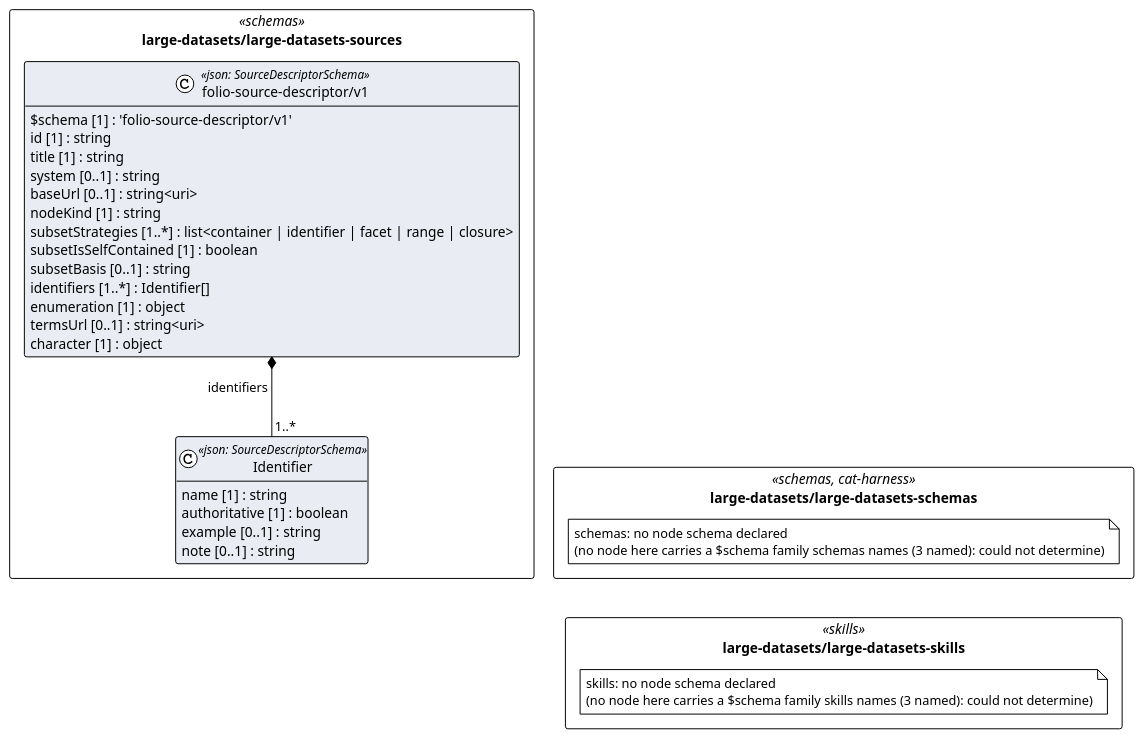
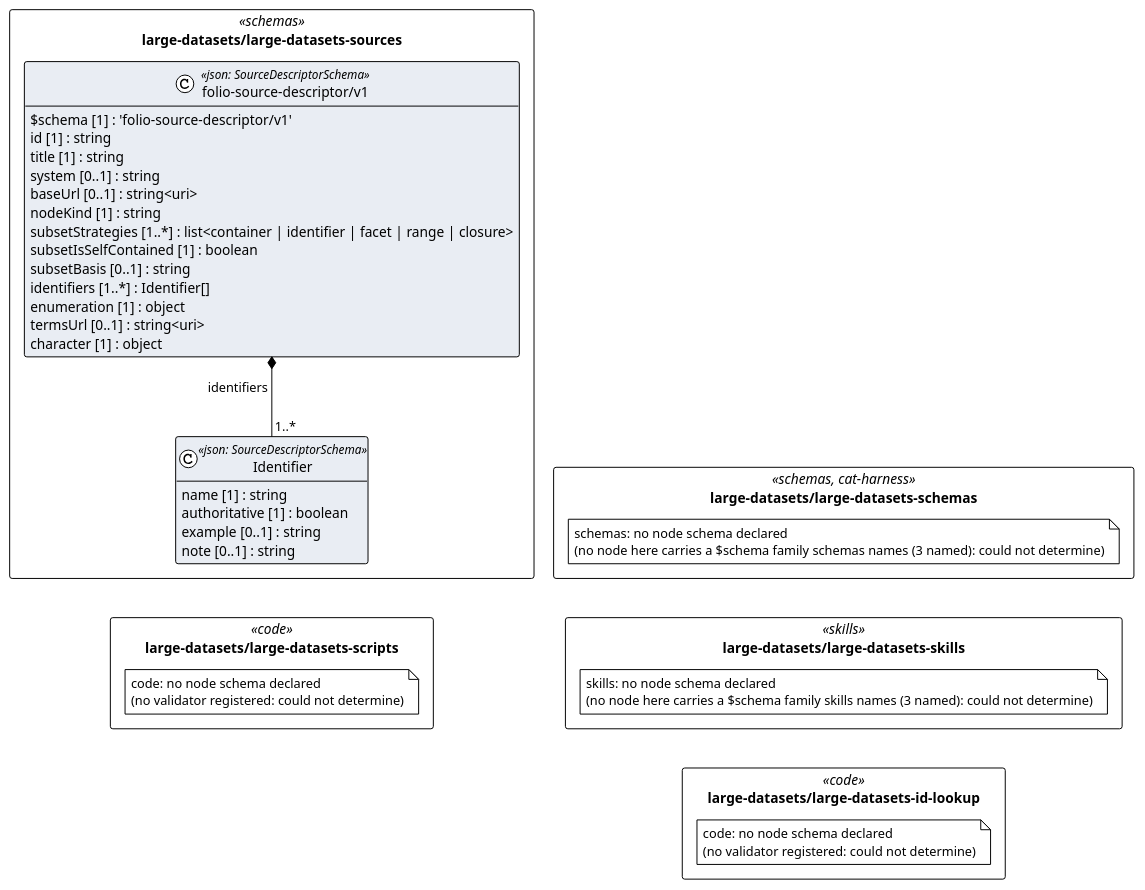
One commit to litlfred/folio-assistant changed the diagram in cat-harness/uml/overview/large-datasets.puml. Above: the diagram before and after it, drawn with PlantUML. The commit also changed 30 other files, not shown here.

```diff
--- a/cat-harness/uml/overview/large-datasets.puml
+++ b/cat-harness/uml/overview/large-datasets.puml
@@ -3,42 +3,50 @@
 @startuml large_datasets
 !pragma layout elk
 !theme plain
 skinparam classAttributeIconSize 0
 skinparam shadowing false
 skinparam packageStyle rectangle
 hide empty methods
 
 package "large-datasets/large-datasets-schemas" as pkg_large_datasets_large_datasets_schemas <<schemas, cat-harness>> {
   note "schemas: no node schema declared\n(no node here carries a $schema family schemas names (3 named): could not determine)" as n_large_datasets_large_datasets_schemas_schemas
 }
 package "large-datasets/large-datasets-sources" as pkg_large_datasets_large_datasets_sources <<schemas>> {
   class "Identifier" as large_datasets_large_datasets_sources_folio_source_descriptor_v1_Identifier <<json: SourceDescriptorSchema>> #e9edf3 {
     name [1] : string
     authoritative [1] : boolean
     example [0..1] : string
     note [0..1] : string
   }
   class "folio-source-descriptor/v1" as large_datasets_large_datasets_sources_folio_source_descriptor_v1_folio_source_descriptor_v1 <<json: SourceDescriptorSchema>> #e9edf3 {
     $schema [1] : 'folio-source-descriptor/v1'
     id [1] : string
     title [1] : string
     system [0..1] : string
     baseUrl [0..1] : string<uri>
     nodeKind [1] : string
     subsetStrategies [1..*] : list<container | identifier | facet | range | closure>
     subsetIsSelfContained [1] : boolean
     subsetBasis [0..1] : string
     identifiers [1..*] : Identifier[]
     enumeration [1] : object
     termsUrl [0..1] : string<uri>
     character [1] : object
   }
 }
 package "large-datasets/large-datasets-skills" as pkg_large_datasets_large_datasets_skills <<skills>> {
   note "skills: no node schema declared\n(no node here carries a $schema family skills names (3 named): could not determine)" as n_large_datasets_large_datasets_skills_skills
 }
+package "large-datasets/large-datasets-scripts" as pkg_large_datasets_large_datasets_scripts <<code>> {
+  note "code: no node schema declared\n(no validator registered: could not determine)" as n_large_datasets_large_datasets_scripts_code
+}
+package "large-datasets/large-datasets-id-lookup" as pkg_large_datasets_large_datasets_id_lookup <<code>> {
+  note "code: no node schema declared\n(no validator registered: could not determine)" as n_large_datasets_large_datasets_id_lookup_code
+}
 
 large_datasets_large_datasets_sources_folio_source_descriptor_v1_folio_source_descriptor_v1 *-- "1..*" large_datasets_large_datasets_sources_folio_source_descriptor_v1_Identifier : identifiers
-' grid: portrait, 2 column(s) — pkg_large_datasets_large_datasets_schemas pkg_large_datasets_large_datasets_sources pkg_large_datasets_large_datasets_skills
+' grid: portrait, 2 column(s) — pkg_large_datasets_large_datasets_schemas pkg_large_datasets_large_datasets_sources pkg_large_datasets_large_datasets_skills pkg_large_datasets_large_datasets_scripts pkg_large_datasets_large_datasets_id_lookup
 pkg_large_datasets_large_datasets_schemas -[hidden]down- pkg_large_datasets_large_datasets_skills
+pkg_large_datasets_large_datasets_sources -[hidden]down- pkg_large_datasets_large_datasets_scripts
+pkg_large_datasets_large_datasets_skills -[hidden]down- pkg_large_datasets_large_datasets_id_lookup
 @enduml
```
